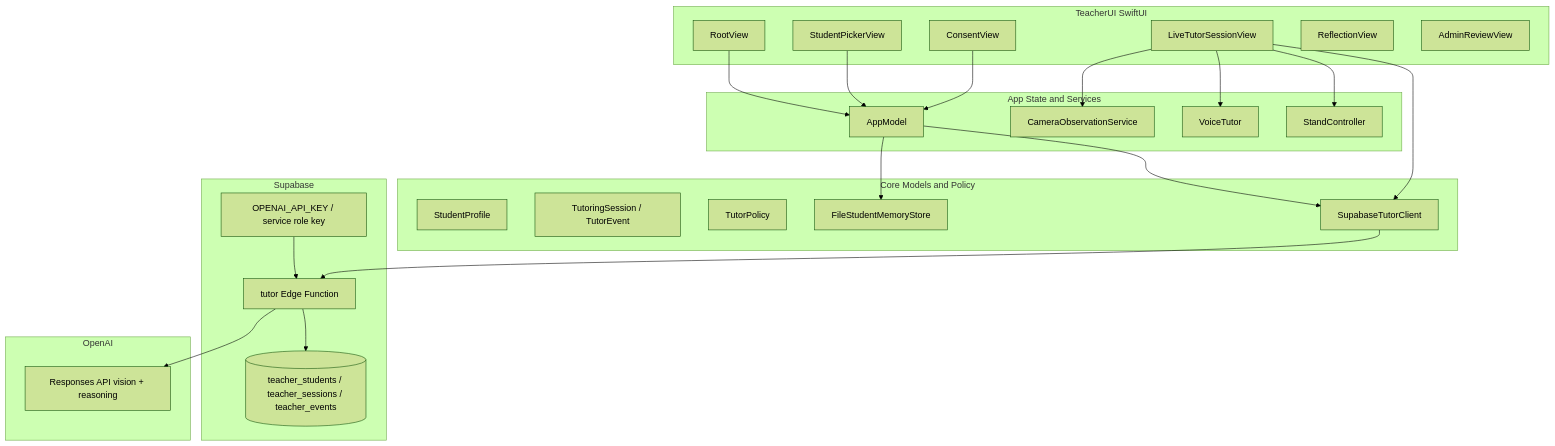
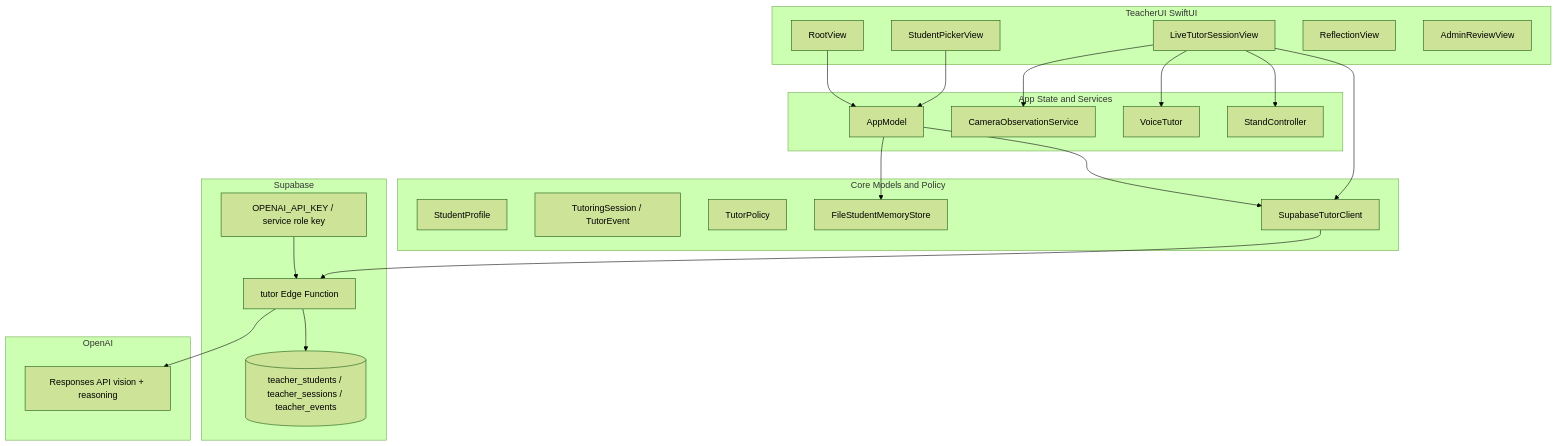
One commit to vmanukyann/MathTutor changed the third of 8 diagrams in README.md. Above: the diagram before and after it, drawn with Mermaid (forest theme). The commit also changed other lines of this file and 22 other files, not shown here.

````diff
--- a/README.md
+++ b/README.md
@@ -455,50 +384,48 @@
 ```mermaid
 flowchart TB
     subgraph UI["TeacherUI SwiftUI"]
         Root["RootView"]
         Picker["StudentPickerView"]
-        Consent["ConsentView"]
         Live["LiveTutorSessionView"]
         Reflection["ReflectionView"]
         Admin["AdminReviewView"]
     end
 
     subgraph State["App State and Services"]
         AppModel["AppModel"]
         Camera["CameraObservationService"]
         Voice["VoiceTutor"]
         Stand["StandController"]
     end
 
     subgraph Core["Core Models and Policy"]
         Student["StudentProfile"]
         Session["TutoringSession / TutorEvent"]
         Policy["TutorPolicy"]
         Store["FileStudentMemoryStore"]
         Client["SupabaseTutorClient"]
     end
 
     subgraph Backend["Supabase"]
         Edge["tutor Edge Function"]
         DB[("teacher_students / teacher_sessions / teacher_events")]
         Secrets["OPENAI_API_KEY / service role key"]
     end
 
     subgraph AI["OpenAI"]
         Responses["Responses API vision + reasoning"]
     end
 
     Root --> AppModel
     Picker --> AppModel
-    Consent --> AppModel
     Live --> Camera
     Live --> Voice
     Live --> Stand
     Live --> Client
     AppModel --> Store
     AppModel --> Client
     Client --> Edge
     Edge --> Responses
     Edge --> DB
     Secrets --> Edge
 ```
````
